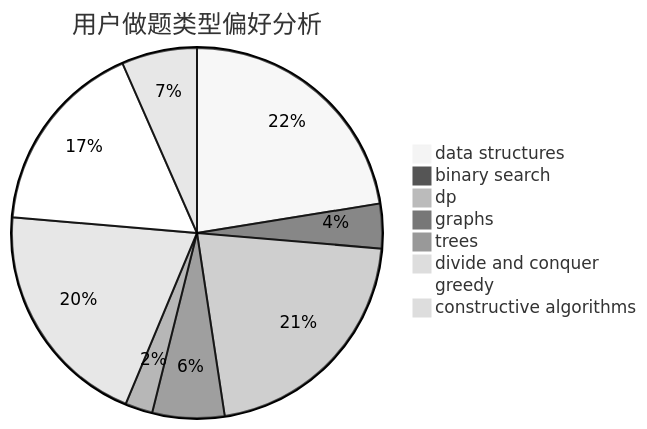
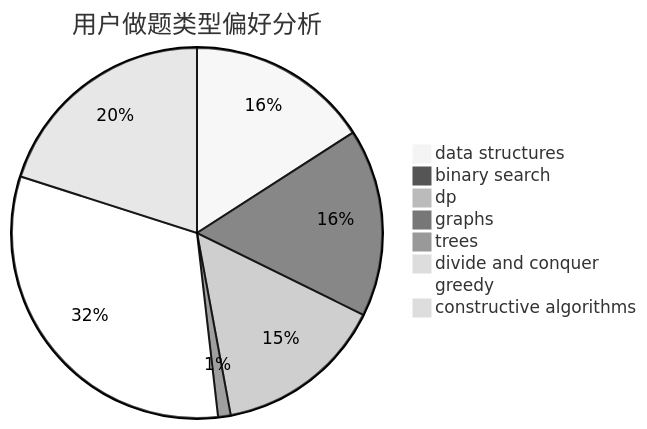
Before and after one commit to sherpahu/cfrs.github.io: the second of 3 diagrams in docs/user/u361.md, drawn with Mermaid (neutral theme). The commit also changed other lines of this file and 2770 other files, not shown here.

````diff
--- a/docs/user/u361.md
+++ b/docs/user/u361.md
@@ -23,11 +23,11 @@
 ```mermaid
 pie title 用户做题类型偏好分析
-    "data structures" :  75
-    "binary search" :  13
-    "dp" :  71
-    "graphs" :  21
-    "trees" :  8
-    "divide and conquer" :  67
-    "greedy" :  57
-    "constructive algorithms" :  22
+    "data structures" :  450
+    "binary search" :  464
+    "dp" :  419
+    "graphs" :  31
+    "trees" :  0
+    "divide and conquer" :  0
+    "greedy" :  899
+    "constructive algorithms" :  568
 ```
````
